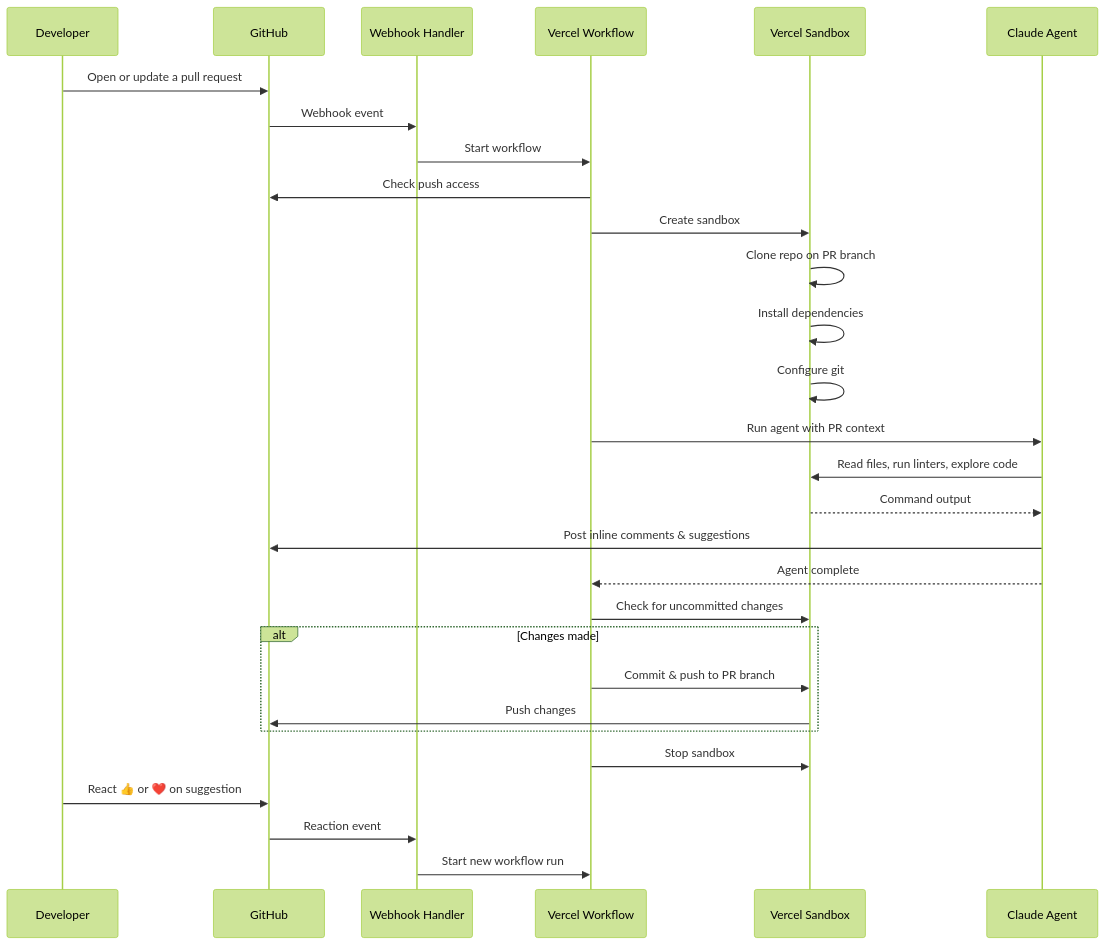
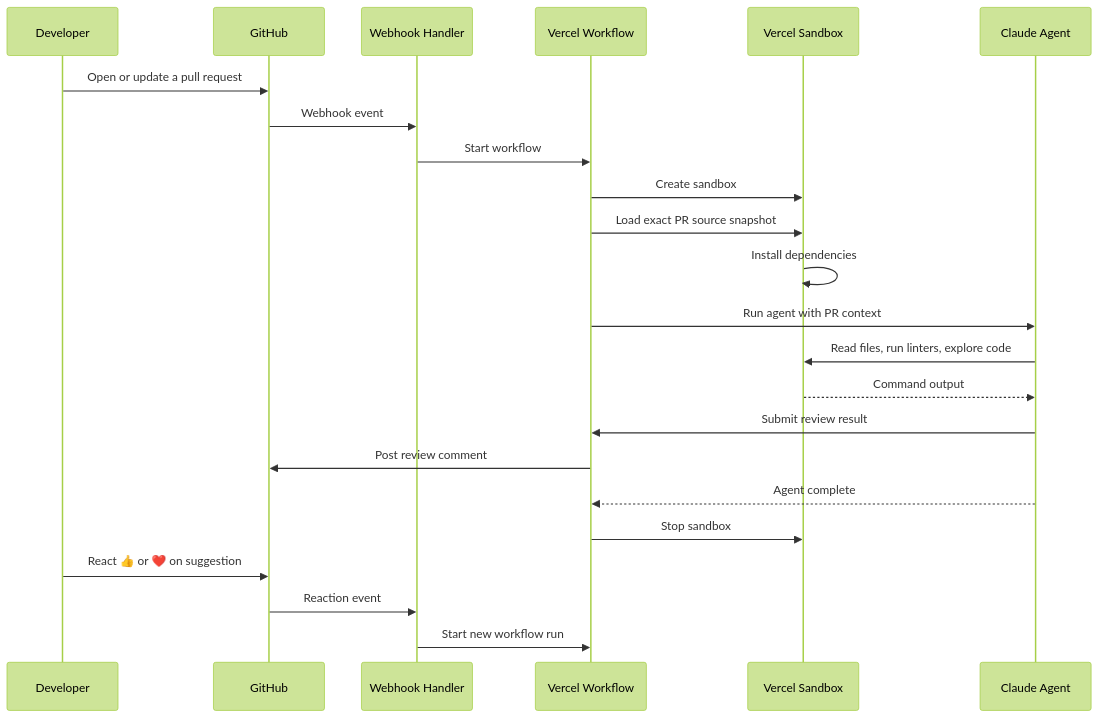
Before and after one commit to tzf1003/openreview: the diagram in README.md, drawn with Mermaid (forest theme). The commit also changed other lines of this file and 14 other files, not shown here.

Commit message:
fix: secure review sandbox access

````diff
--- a/README.md
+++ b/README.md
@@ -24,36 +24,30 @@
 ```mermaid
 sequenceDiagram
     participant U as Developer
     participant GH as GitHub
     participant WH as Webhook Handler
     participant WF as Vercel Workflow
     participant SB as Vercel Sandbox
     participant AI as Claude Agent
 
     U->>GH: Open or update a pull request
     GH->>WH: Webhook event
     WH->>WF: Start workflow
 
-    WF->>GH: Check push access
     WF->>SB: Create sandbox
-    SB->>SB: Clone repo on PR branch
+    WF->>SB: Load exact PR source snapshot
     SB->>SB: Install dependencies
-    SB->>SB: Configure git
 
     WF->>AI: Run agent with PR context
     AI->>SB: Read files, run linters, explore code
     SB-->>AI: Command output
-    AI->>GH: Post inline comments & suggestions
+    AI->>WF: Submit review result
+    WF->>GH: Post review comment
     AI-->>WF: Agent complete
 
-    WF->>SB: Check for uncommitted changes
-    alt Changes made
-        WF->>SB: Commit & push to PR branch
-        SB->>GH: Push changes
-    end
     WF->>SB: Stop sandbox
 
     U->>GH: React 👍 or ❤️ on suggestion
     GH->>WH: Reaction event
     WH->>WF: Start new workflow run
 ```
````
